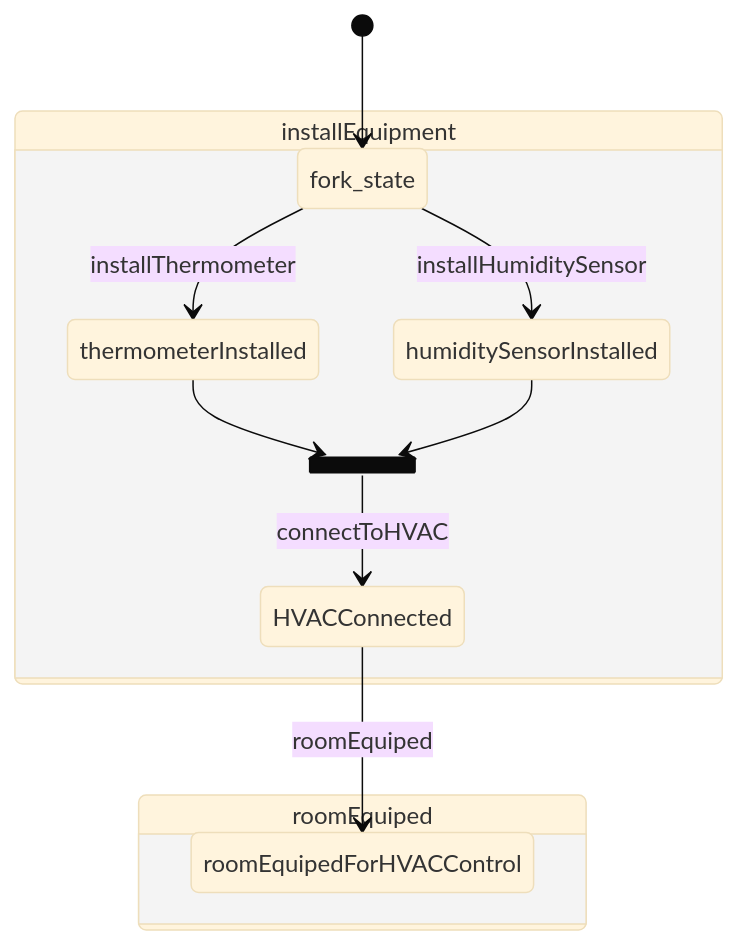
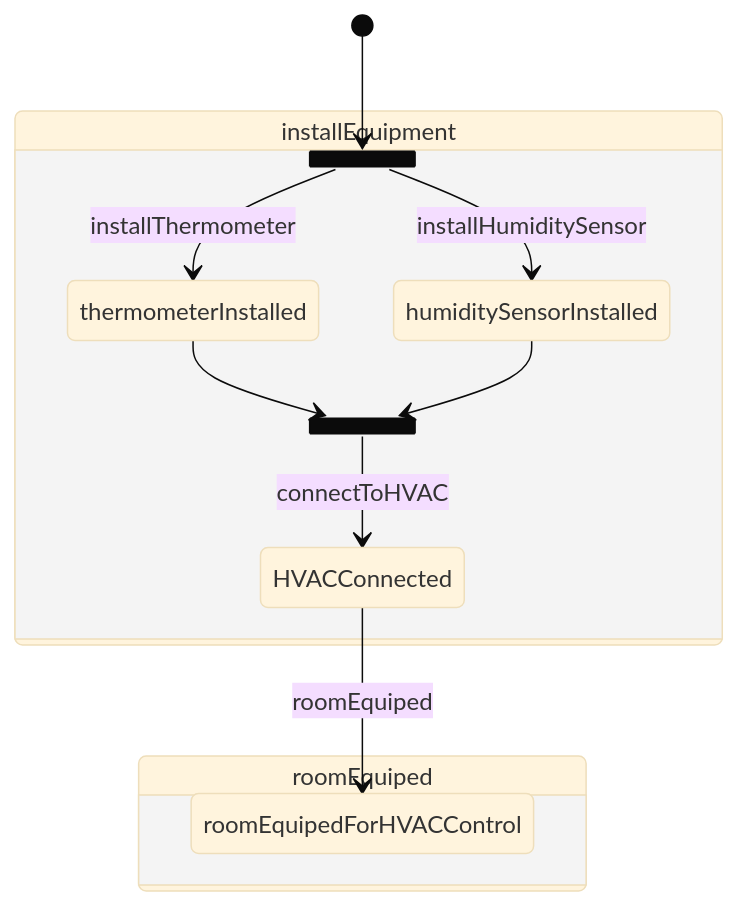
One commit to FnOio/FnO-Steps-Composer changed the diagram in scenarios/bocemon_example/flow.md. Above: the diagram before and after it, drawn with Mermaid (base theme).

Commit message:
Fixed mermaid diagram in Bocemon example

````diff
--- a/scenarios/bocemon_example/flow.md
+++ b/scenarios/bocemon_example/flow.md
@@ -1,23 +1,22 @@
 ```mermaid
 stateDiagram-v2
 
-
+  state fork_state <<fork>>
     [*] --> fork_state
 
     state installEquipment {
-        state fork_state <<fork>>
         fork_state --> thermometerInstalled : installThermometer
         fork_state --> humiditySensorInstalled : installHumiditySensor
 
         state join_state <<join>>
         thermometerInstalled --> join_state
         humiditySensorInstalled --> join_state
         join_state --> HVACConnected : connectToHVAC
 
         HVACConnected --> roomEquipedForHVACControl : roomEquiped
     }
 
     state roomEquiped {
         roomEquipedForHVACControl
     }
 ```
````
